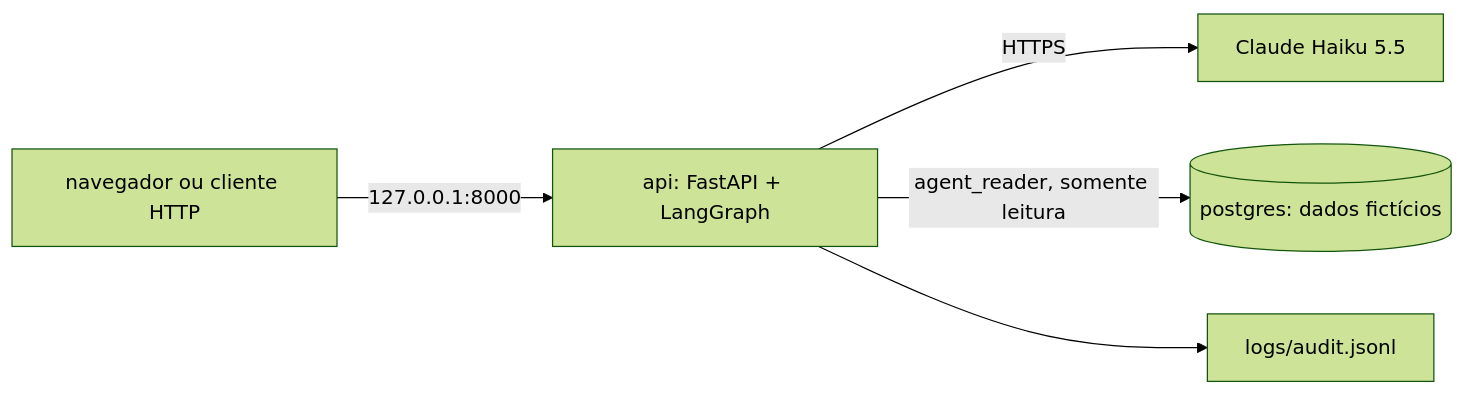
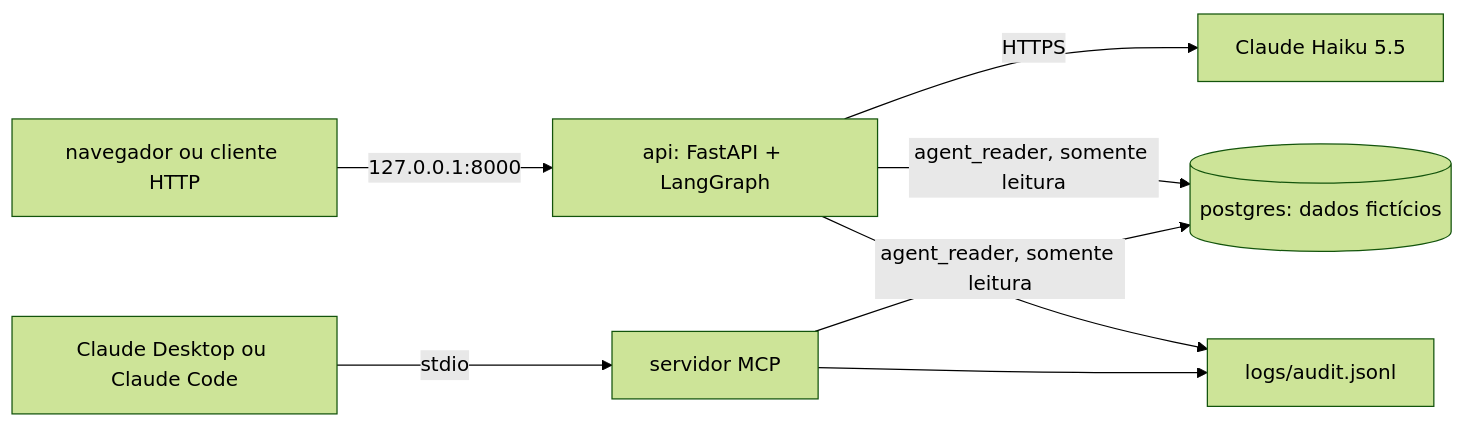
The first of 2 diagrams in docs/spec.md (francomansur/agente-dados-delivery), drawn with Mermaid (forest theme) before and after one commit. The commit also changed other lines of this file and 8 other files, not shown here.

Commit message:
feat: add a read-only MCP server with describe_schema and execute_sql

````diff
--- a/docs/spec.md
+++ b/docs/spec.md
@@ -19,7 +19,10 @@
 ```mermaid
 flowchart LR
     C["navegador ou cliente HTTP"] -->|"127.0.0.1:8000"| API["api: FastAPI + LangGraph"]
     API -->|"HTTPS"| LLM["Claude Haiku 5.5"]
     API -->|"agent_reader, somente leitura"| PG[("postgres: dados fictícios")]
     API --> LOG["logs/audit.jsonl"]
+    D["Claude Desktop ou Claude Code"] -->|"stdio"| MCP["servidor MCP"]
+    MCP -->|"agent_reader, somente leitura"| PG
+    MCP --> LOG
 ```
````
